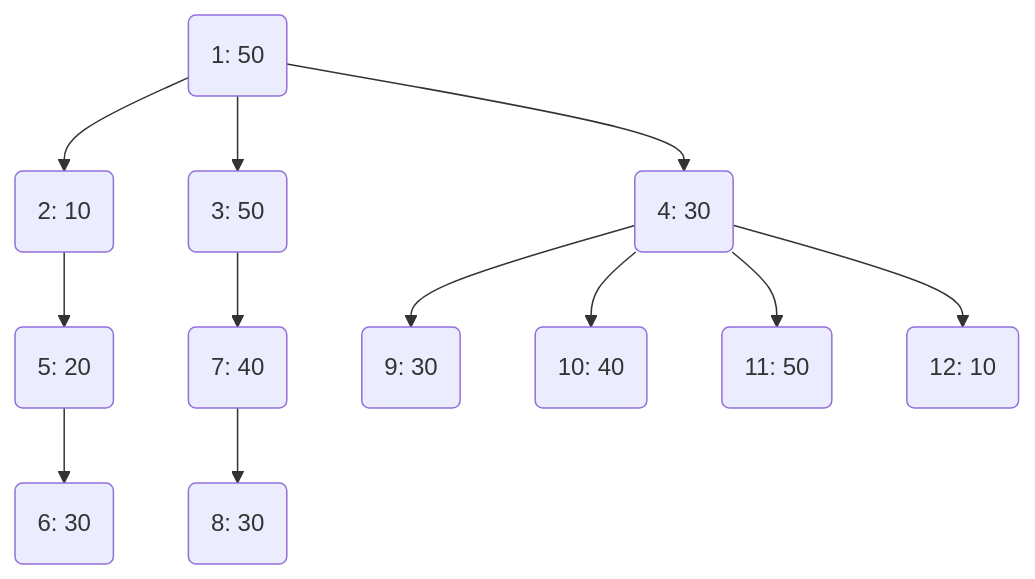
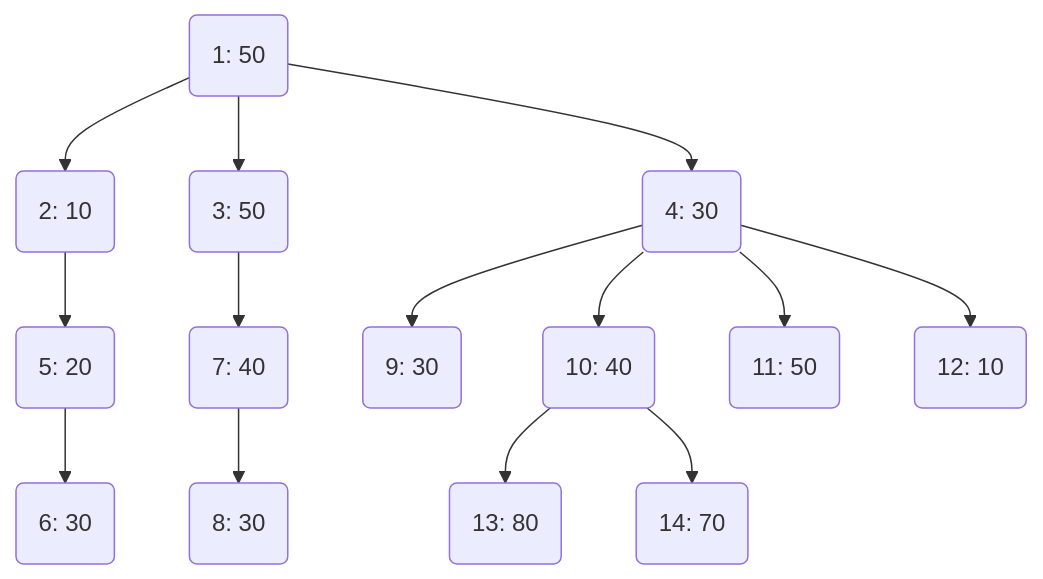
One commit to kipitix/code_forces_souls changed diagram 12 of 12 in contests/cf_1114_div3/G/whiteboard.md. Above: the diagram before and after it, drawn with Mermaid. The commit also changed other lines of this file and 2 other files, not shown here.

````diff
--- a/contests/cf_1114_div3/G/whiteboard.md
+++ b/contests/cf_1114_div3/G/whiteboard.md
@@ -327,14 +327,16 @@
 ```mermaid
 graph TD
     1(1: 50) --> 2(2: 10)
     1 --> 3(3: 50)
     1 --> 4(4: 30)
     2 --> 5(5: 20)
     5 --> 6(6: 30)
     3 --> 7(7: 40)
     7 --> 8(8: 30)
     4 --> 9(9: 30)
     4 --> 10(10: 40)
     4 --> 11(11: 50)
     4 --> 12(12: 10)
+    10 --> 13(13: 80)
+    10 --> 14(14: 70)
 ```
````
